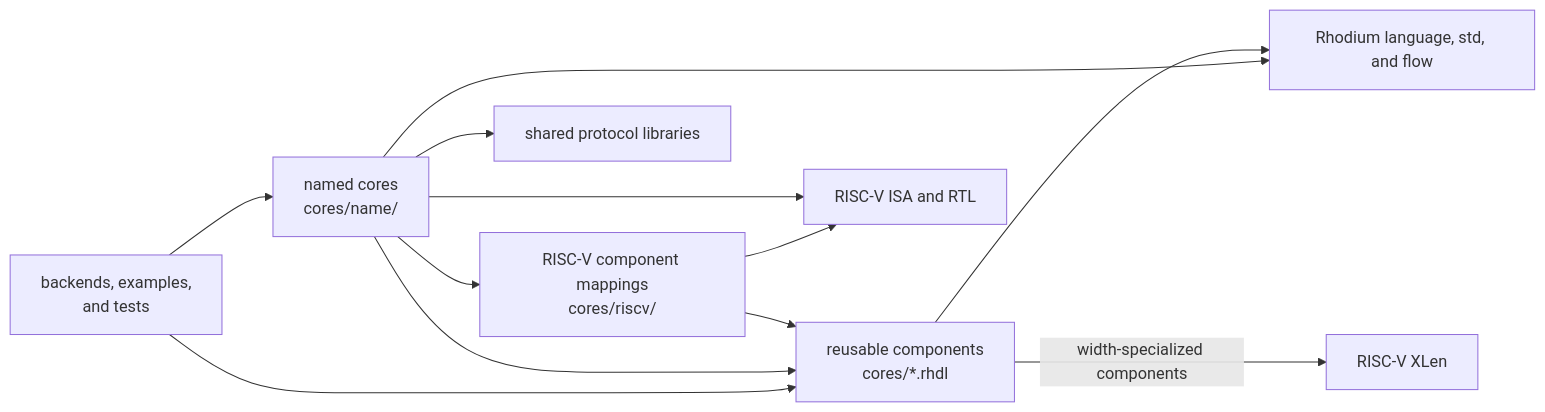
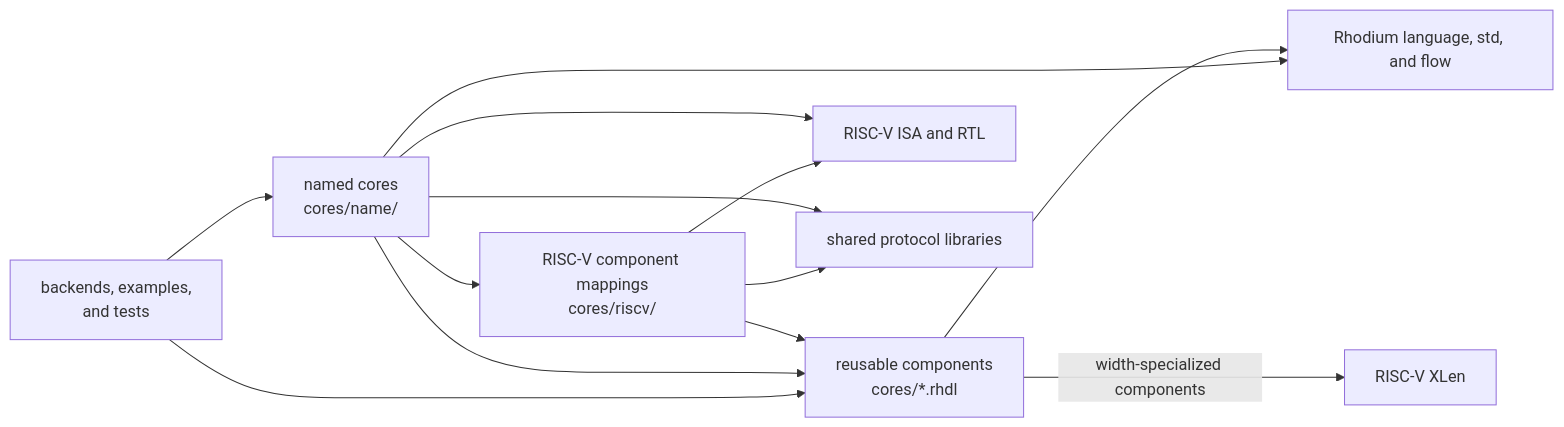
One commit to jerryz123/rhodium changed the diagram in cores/DEVELOPING.md. Above: the diagram before and after it, drawn with Mermaid. The commit also changed other lines of this file and 62 other files, not shown here.

````diff
--- a/cores/DEVELOPING.md
+++ b/cores/DEVELOPING.md
@@ -34,14 +35,15 @@
 ```mermaid
 flowchart LR
   Consumers["backends, examples,<br/>and tests"] --> Named["named cores<br/>cores/name/"]
   Consumers --> Reusable["reusable components<br/>cores/*.rhdl"]
   Named --> Reusable
   Named --> Mapping["RISC-V component mappings<br/>cores/riscv/"]
   Mapping --> Reusable
   Mapping --> Riscv
+  Mapping --> Protocols
   Named --> Riscv["RISC-V ISA and RTL"]
   Named --> Protocols["shared protocol libraries"]
   Named --> Rhodium["Rhodium language, std, and flow"]
   Reusable --> Rhodium
   Reusable -->|"width-specialized components"| Xlen["RISC-V XLen"]
 ```
````
